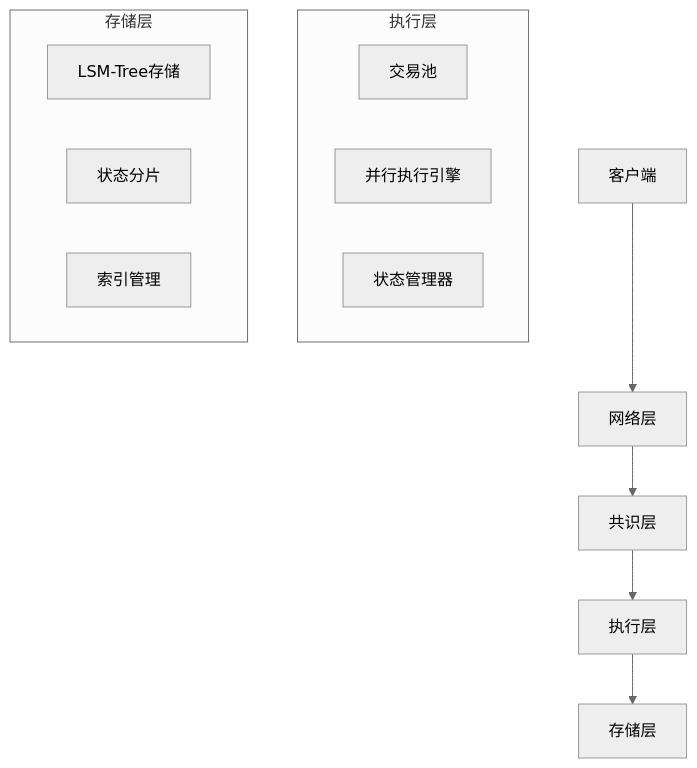
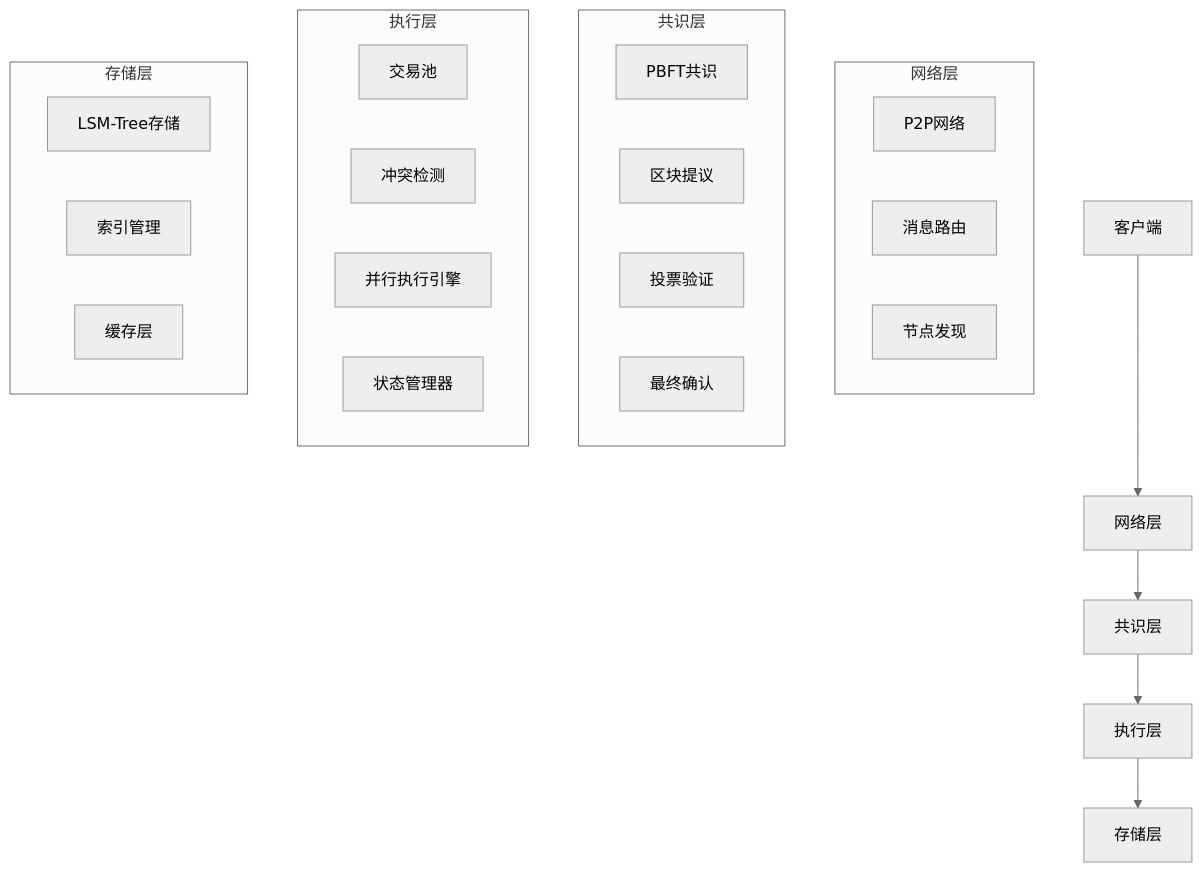
One commit to lengzhao/chain changed the diagram in README.md. Above: the diagram before and after it, drawn with Mermaid (neutral theme). The commit also changed other lines of this file and 35 other files, not shown here.

````diff
--- a/README.md
+++ b/README.md
@@ -24,19 +60,33 @@
 ```mermaid
 graph TB
     A[客户端] --> B[网络层]
     B --> C[共识层]
     C --> D[执行层]
     D --> E[存储层]
     
+    subgraph "网络层"
+        B1[P2P网络]
+        B2[消息路由]
+        B3[节点发现]
+    end
+    
+    subgraph "共识层"
+        C1[PBFT共识]
+        C2[区块提议]
+        C3[投票验证]
+        C4[最终确认]
+    end
+    
     subgraph "执行层"
         D1[交易池]
-        D2[并行执行引擎]
-        D3[状态管理器]
+        D2[冲突检测]
+        D3[并行执行引擎]
+        D4[状态管理器]
     end
     
     subgraph "存储层"
         E1[LSM-Tree存储]
-        E2[状态分片]
-        E3[索引管理]
+        E2[索引管理]
+        E3[缓存层]
     end
 ```
````
